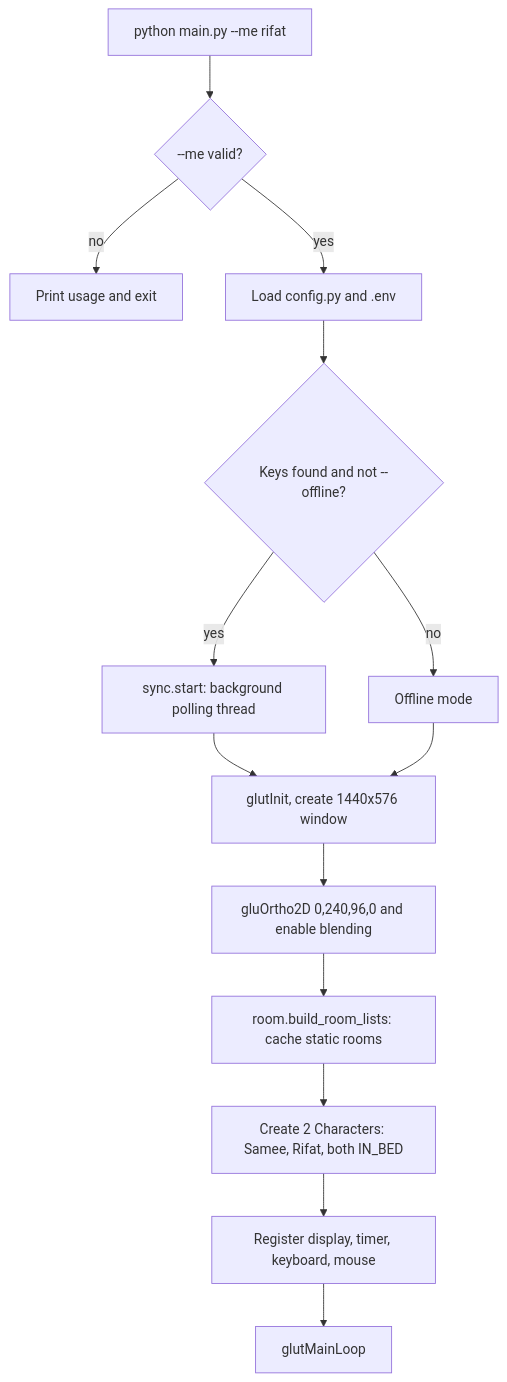
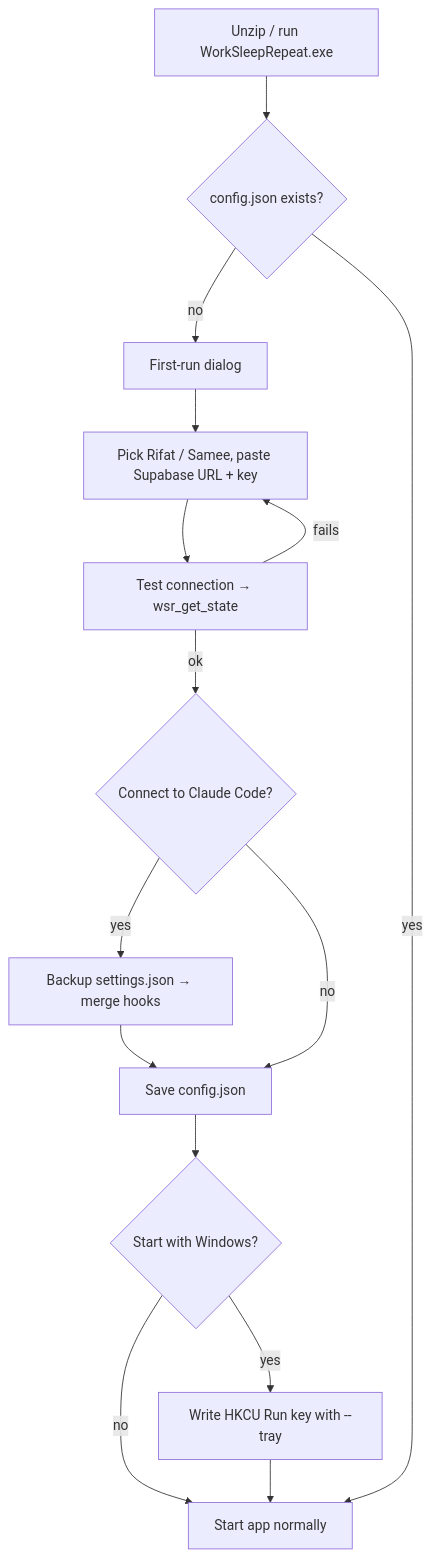
One commit to ShahriarSamee005/work_sleep_repeat changed the diagram in docs/appflow.md. Above: the diagram before and after it, drawn with Mermaid. The commit also changed other lines of this file and 46 other files, not shown here.

````diff
--- a/docs/appflow.md
+++ b/docs/appflow.md
@@ -7,16 +9,17 @@
 ```mermaid
 flowchart TD
-    A[python main.py --me rifat] --> B{--me valid?}
-    B -- no --> X[Print usage and exit]
-    B -- yes --> C[Load config.py and .env]
-    C --> D{Keys found and not --offline?}
-    D -- yes --> E[sync.start: background polling thread]
-    D -- no --> F[Offline mode]
-    E --> G[glutInit, create 1440x576 window]
-    F --> G
-    G --> H[gluOrtho2D 0,240,96,0 and enable blending]
-    H --> I[room.build_room_lists: cache static rooms]
-    I --> J[Create 2 Characters: Samee, Rifat, both IN_BED]
-    J --> K[Register display, timer, keyboard, mouse]
-    K --> L[glutMainLoop]
+  A[Unzip / run WorkSleepRepeat.exe] --> B{config.json exists?}
+  B -- no --> C[First-run dialog]
+  C --> D[Pick Rifat / Samee, paste Supabase URL + key]
+  D --> E[Test connection → wsr_get_state]
+  E -- fails --> D
+  E -- ok --> F{Connect to Claude Code?}
+  F -- yes --> G[Backup settings.json → merge hooks]
+  G --> J[Save config.json]
+  F -- no --> J
+  J --> K{Start with Windows?}
+  K -- yes --> L[Write HKCU Run key with --tray]
+  K -- no --> M
+  L --> M[Start app normally]
+  B -- yes --> M
 ```
````
